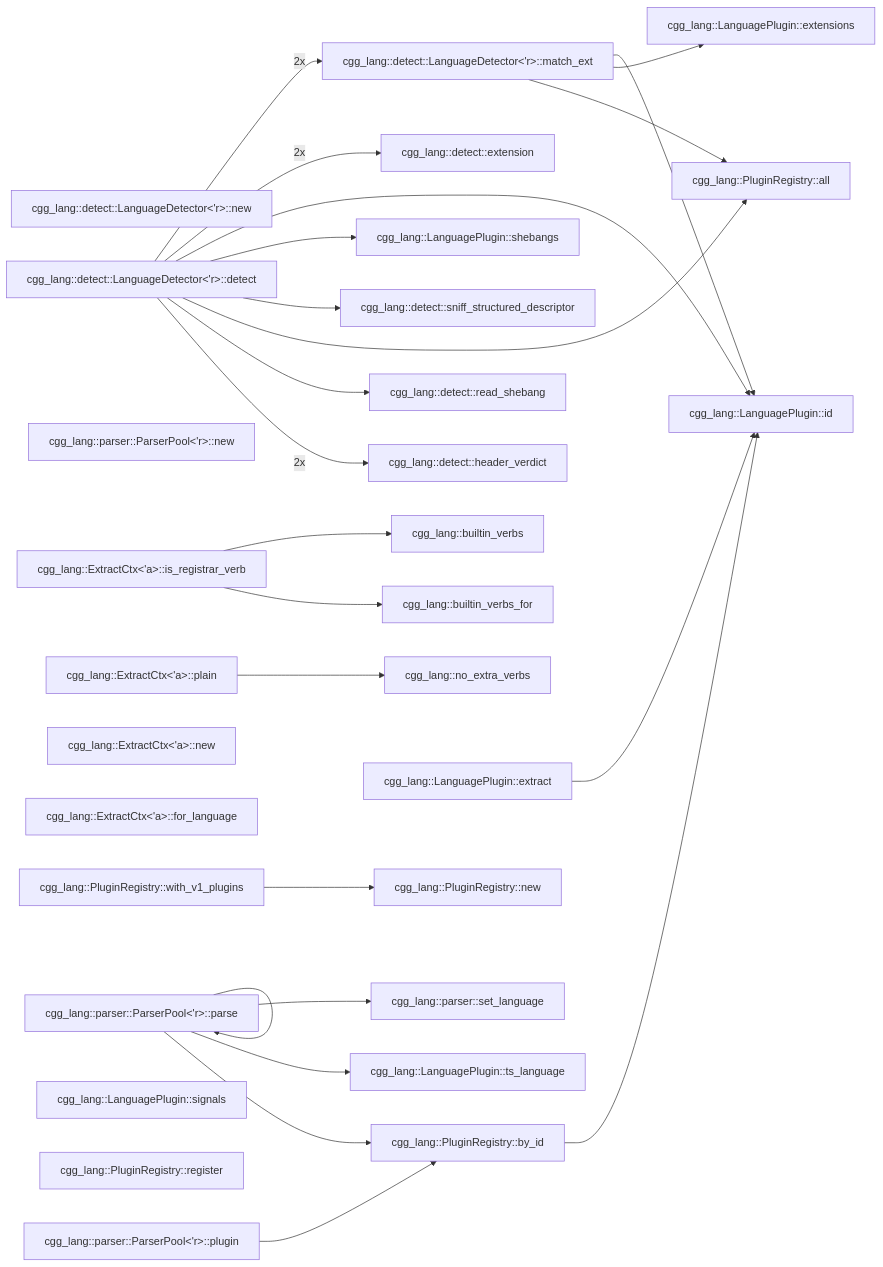
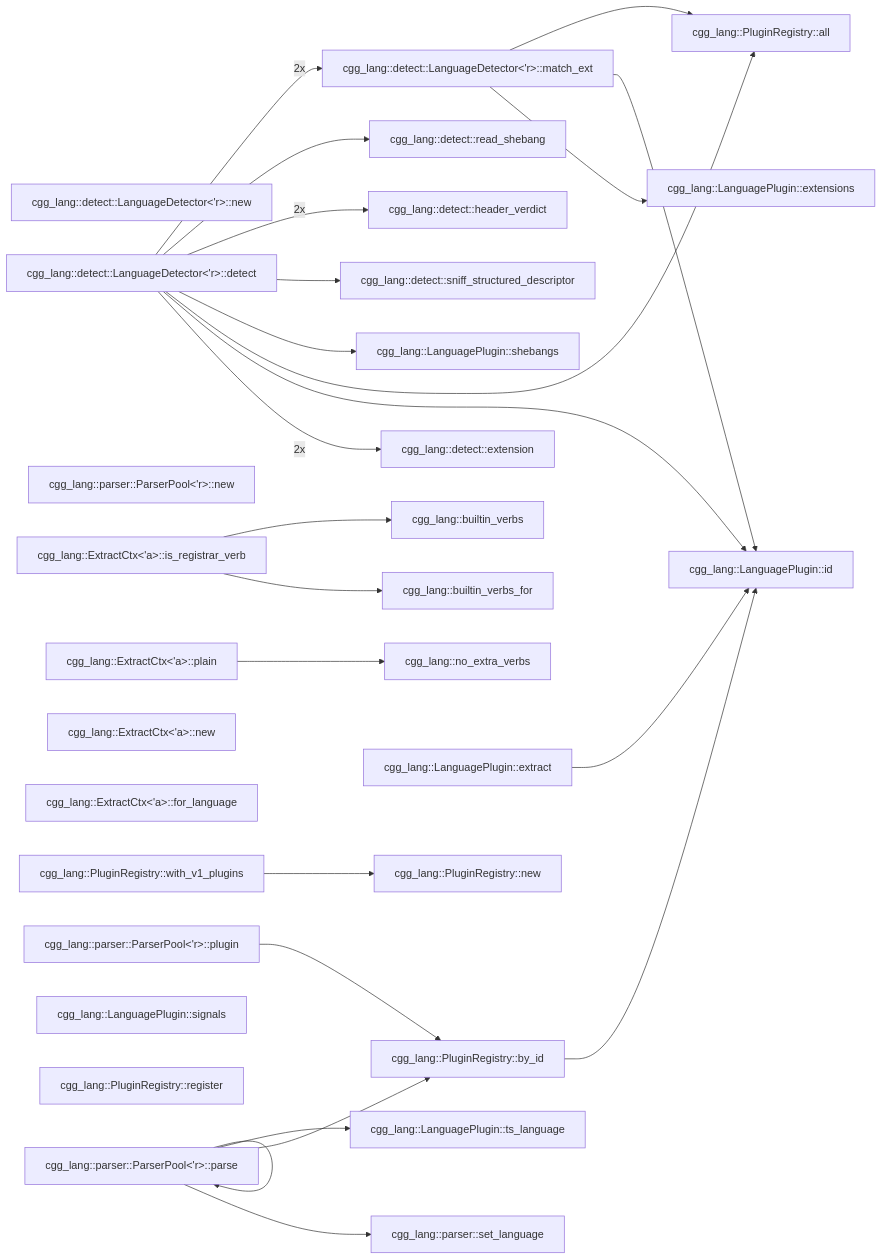
Before and after one commit to NeuralNotwerk/cgg: the third of 4 diagrams in README.md, drawn with Mermaid. The commit also changed other lines of this file and 25 other files, not shown here.

````diff
--- a/README.md
+++ b/README.md
@@ -672,54 +688,54 @@
 ```mermaid
 flowchart LR
-  C0["cgg_lang::detect::LanguageDetector<'r>::new"]
-  C1["cgg_lang::detect::LanguageDetector<'r>::detect"]
-  C2["cgg_lang::detect::LanguageDetector<'r>::match_ext"]
-  C3["cgg_lang::detect::extension"]
-  C4["cgg_lang::detect::sniff_structured_descriptor"]
-  C5["cgg_lang::detect::read_shebang"]
-  C6["cgg_lang::detect::header_verdict"]
-  C19["cgg_lang::parser::ParserPool<'r>::new"]
-  C20["cgg_lang::parser::ParserPool<'r>::parse"]
-  C21["cgg_lang::parser::ParserPool<'r>::plugin"]
-  C22["cgg_lang::parser::set_language"]
-  C26["cgg_lang::builtin_verbs"]
-  C27["cgg_lang::builtin_verbs_for"]
-  C28["cgg_lang::no_extra_verbs"]
-  C29["cgg_lang::ExtractCtx<'a>::new"]
-  C30["cgg_lang::ExtractCtx<'a>::for_language"]
-  C31["cgg_lang::ExtractCtx<'a>::plain"]
-  C32["cgg_lang::ExtractCtx<'a>::is_registrar_verb"]
-  C33["cgg_lang::LanguagePlugin::id"]
-  C34["cgg_lang::LanguagePlugin::extensions"]
-  C35["cgg_lang::LanguagePlugin::shebangs"]
-  C36["cgg_lang::LanguagePlugin::signals"]
-  C37["cgg_lang::LanguagePlugin::ts_language"]
-  C38["cgg_lang::LanguagePlugin::extract"]
-  C39["cgg_lang::PluginRegistry::new"]
-  C40["cgg_lang::PluginRegistry::register"]
-  C41["cgg_lang::PluginRegistry::all"]
-  C42["cgg_lang::PluginRegistry::by_id"]
-  C43["cgg_lang::PluginRegistry::with_v1_plugins"]
-  C1 -->|2x| C2
-  C1 -->|2x| C3
-  C1 --> C33
-  C1 --> C35
-  C1 --> C4
-  C1 --> C41
-  C1 --> C5
-  C1 -->|2x| C6
-  C2 --> C33
-  C2 --> C34
-  C2 --> C41
-  C20 --> C20
-  C20 --> C22
-  C20 --> C37
-  C20 --> C42
-  C21 --> C42
-  C31 --> C28
-  C32 --> C26
-  C32 --> C27
-  C38 --> C33
-  C42 --> C33
-  C43 --> C39
+  C10q0avqswp9["cgg_lang::detect::LanguageDetector<'r>::new"]
+  Cp7bq4qiwgz["cgg_lang::detect::LanguageDetector<'r>::detect"]
+  Cxmrendufgz["cgg_lang::detect::LanguageDetector<'r>::match_ext"]
+  C133lfcajtac["cgg_lang::detect::extension"]
+  Ck8bvt2vgvc["cgg_lang::detect::sniff_structured_descriptor"]
+  Cqwy5q5i448["cgg_lang::detect::read_shebang"]
+  Cofztst3b5["cgg_lang::detect::header_verdict"]
+  Ckwi21q4n99["cgg_lang::parser::ParserPool<'r>::new"]
+  C26bd5qoaul["cgg_lang::parser::ParserPool<'r>::parse"]
+  C6jcyyvmxks["cgg_lang::parser::ParserPool<'r>::plugin"]
+  C18c4rqxkjzb["cgg_lang::parser::set_language"]
+  Cuwydi7mhcp["cgg_lang::builtin_verbs"]
+  C10t72likkpj["cgg_lang::builtin_verbs_for"]
+  Co2908p1emo["cgg_lang::no_extra_verbs"]
+  C17j8jr3c3ba["cgg_lang::ExtractCtx<'a>::new"]
+  C59pox1dp6q["cgg_lang::ExtractCtx<'a>::for_language"]
+  C8ms88ne747["cgg_lang::ExtractCtx<'a>::plain"]
+  Cr288aq0pmb["cgg_lang::ExtractCtx<'a>::is_registrar_verb"]
+  C1wt0t8oe0q["cgg_lang::LanguagePlugin::id"]
+  C17aph71rx2h["cgg_lang::LanguagePlugin::extensions"]
+  Cjp14y8sw13["cgg_lang::LanguagePlugin::shebangs"]
+  Ct9706spgvs["cgg_lang::LanguagePlugin::signals"]
+  Cecnnkf40pw["cgg_lang::LanguagePlugin::ts_language"]
+  Ch33tzbtsjg["cgg_lang::LanguagePlugin::extract"]
+  Cjqv59ycq3v["cgg_lang::PluginRegistry::new"]
+  Cj8dfzn4rwo["cgg_lang::PluginRegistry::register"]
+  Cf0ed7vsaic["cgg_lang::PluginRegistry::all"]
+  C8gx7e4r66u["cgg_lang::PluginRegistry::by_id"]
+  Ctdg6zm99p3["cgg_lang::PluginRegistry::with_v1_plugins"]
+  C26bd5qoaul --> C18c4rqxkjzb
+  C26bd5qoaul --> C26bd5qoaul
+  C26bd5qoaul --> C8gx7e4r66u
+  C26bd5qoaul --> Cecnnkf40pw
+  C6jcyyvmxks --> C8gx7e4r66u
+  C8gx7e4r66u --> C1wt0t8oe0q
+  C8ms88ne747 --> Co2908p1emo
+  Ch33tzbtsjg --> C1wt0t8oe0q
+  Cp7bq4qiwgz -->|2x| C133lfcajtac
+  Cp7bq4qiwgz --> C1wt0t8oe0q
+  Cp7bq4qiwgz --> Cf0ed7vsaic
+  Cp7bq4qiwgz --> Cjp14y8sw13
+  Cp7bq4qiwgz --> Ck8bvt2vgvc
+  Cp7bq4qiwgz -->|2x| Cofztst3b5
+  Cp7bq4qiwgz --> Cqwy5q5i448
+  Cp7bq4qiwgz -->|2x| Cxmrendufgz
+  Cr288aq0pmb --> C10t72likkpj
+  Cr288aq0pmb --> Cuwydi7mhcp
+  Ctdg6zm99p3 --> Cjqv59ycq3v
+  Cxmrendufgz --> C17aph71rx2h
+  Cxmrendufgz --> C1wt0t8oe0q
+  Cxmrendufgz --> Cf0ed7vsaic
 ```
````
